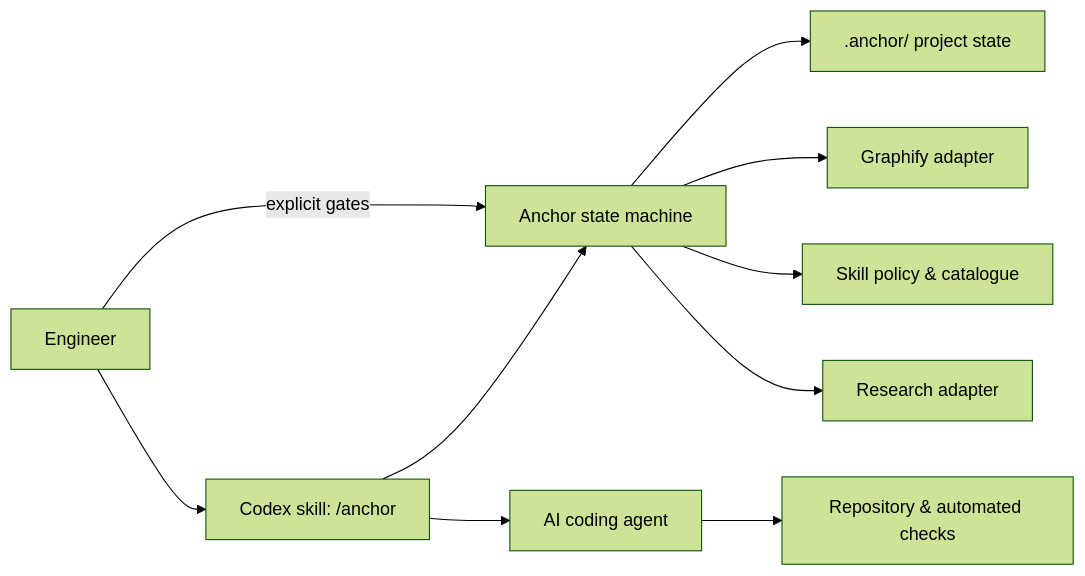
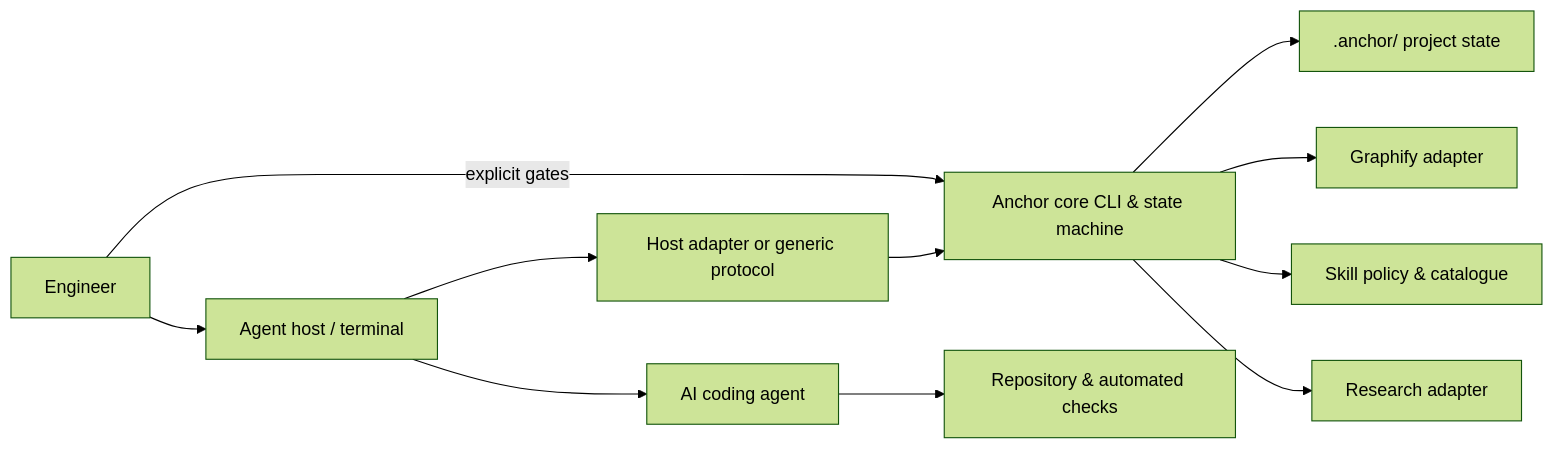
Before and after one commit to ppmarkek/AnchorLoop: the first of 2 diagrams in docs/PROJECT_PLAN.md, drawn with Mermaid (forest theme). The commit also changed other lines of this file and 19 other files, not shown here.

Commit message:
feat: add AnchorLoop workflow core

```diff
--- a/docs/PROJECT_PLAN.md
+++ b/docs/PROJECT_PLAN.md
@@ -43,12 +44,13 @@
 ~~~mermaid
 flowchart LR
-  E[Engineer] --> C[Codex skill: /anchor]
-  C --> S[Anchor state machine]
-  S --> F[.anchor/ project state]
-  S --> G[Graphify adapter]
-  S --> K[Skill policy & catalogue]
-  S --> R[Research adapter]
-  C --> A[AI coding agent]
+  E[Engineer] --> H[Agent host / terminal]
+  H --> D[Host adapter or generic protocol]
+  D --> C[Anchor core CLI & state machine]
+  C --> F[.anchor/ project state]
+  C --> G[Graphify adapter]
+  C --> K[Skill policy & catalogue]
+  C --> R[Research adapter]
+  H --> A[AI coding agent]
   A --> W[Repository & automated checks]
-  E -->|explicit gates| S
+  E -->|explicit gates| C
 ~~~
```
